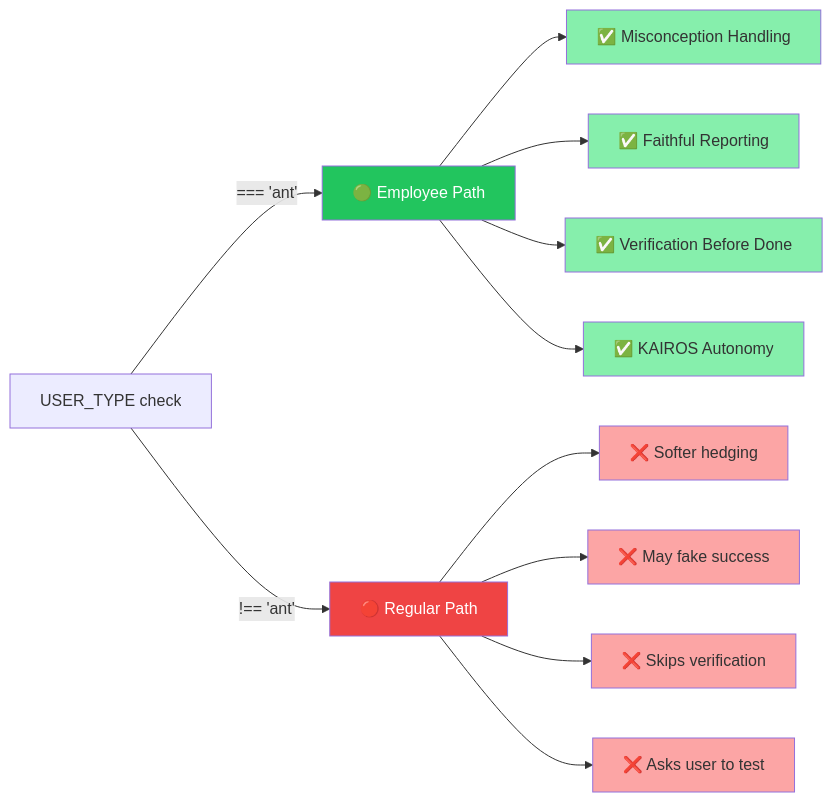
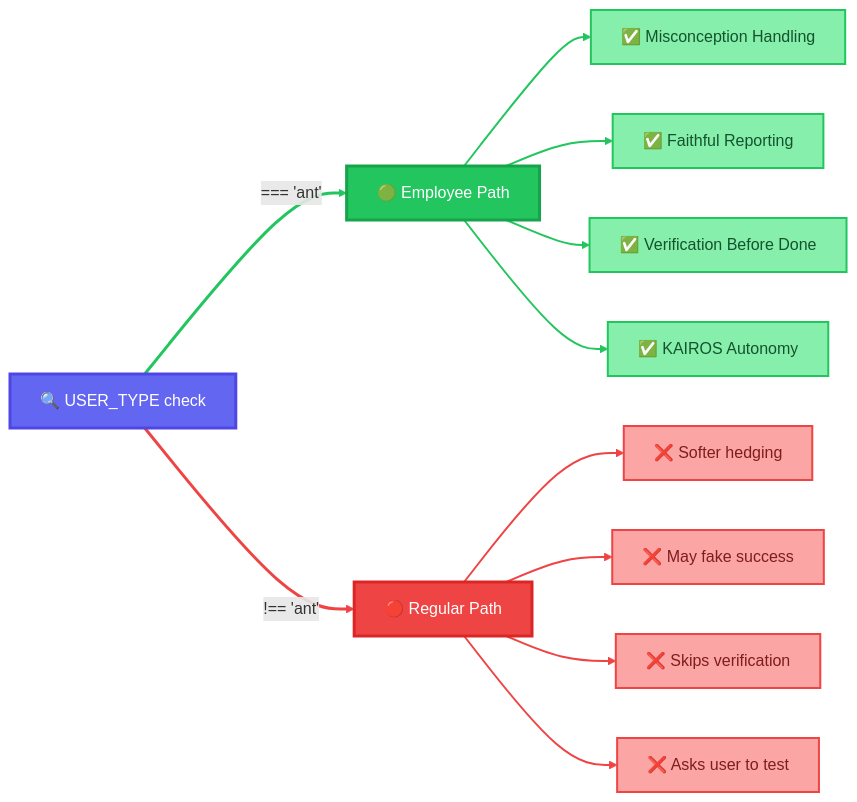
One commit to gil906/anthropic-instructions changed the first of 4 diagrams in README.md. Above: the diagram before and after it, drawn with Mermaid. The commit also changed other lines of this file and 6 other files, not shown here.

First line of the commit message:
Add animated SVG assets for user flows and visual elements

````diff
--- a/README.md
+++ b/README.md
@@ -59,24 +83,30 @@
 ```mermaid
 graph LR
-    A[USER_TYPE check] -->|"=== 'ant'"| B["🟢 Employee Path"]
+    A["🔍 USER_TYPE check"] -->|"=== 'ant'"| B["🟢 Employee Path"]
     A -->|"!== 'ant'"| C["🔴 Regular Path"]
     B --> D["✅ Misconception Handling"]
     B --> E["✅ Faithful Reporting"]
     B --> F["✅ Verification Before Done"]
     B --> G["✅ KAIROS Autonomy"]
     C --> H["❌ Softer hedging"]
     C --> I["❌ May fake success"]
     C --> J["❌ Skips verification"]
     C --> K["❌ Asks user to test"]
 
-    style B fill:#22c55e,color:#fff
-    style C fill:#ef4444,color:#fff
-    style D fill:#86efac
-    style E fill:#86efac
-    style F fill:#86efac
-    style G fill:#86efac
-    style H fill:#fca5a5
-    style I fill:#fca5a5
-    style J fill:#fca5a5
-    style K fill:#fca5a5
+    style A fill:#6366f1,color:#fff,stroke:#4f46e5,stroke-width:3px
+    style B fill:#22c55e,color:#fff,stroke:#16a34a,stroke-width:3px
+    style C fill:#ef4444,color:#fff,stroke:#dc2626,stroke-width:3px
+    style D fill:#86efac,color:#14532d,stroke:#22c55e,stroke-width:2px
+    style E fill:#86efac,color:#14532d,stroke:#22c55e,stroke-width:2px
+    style F fill:#86efac,color:#14532d,stroke:#22c55e,stroke-width:2px
+    style G fill:#86efac,color:#14532d,stroke:#22c55e,stroke-width:2px
+    style H fill:#fca5a5,color:#7f1d1d,stroke:#ef4444,stroke-width:2px
+    style I fill:#fca5a5,color:#7f1d1d,stroke:#ef4444,stroke-width:2px
+    style J fill:#fca5a5,color:#7f1d1d,stroke:#ef4444,stroke-width:2px
+    style K fill:#fca5a5,color:#7f1d1d,stroke:#ef4444,stroke-width:2px
+
+    linkStyle 0 stroke:#22c55e,stroke-width:3px
+    linkStyle 1 stroke:#ef4444,stroke-width:3px
+    linkStyle 2,3,4,5 stroke:#22c55e,stroke-width:2px
+    linkStyle 6,7,8,9 stroke:#ef4444,stroke-width:2px
 ```
````
